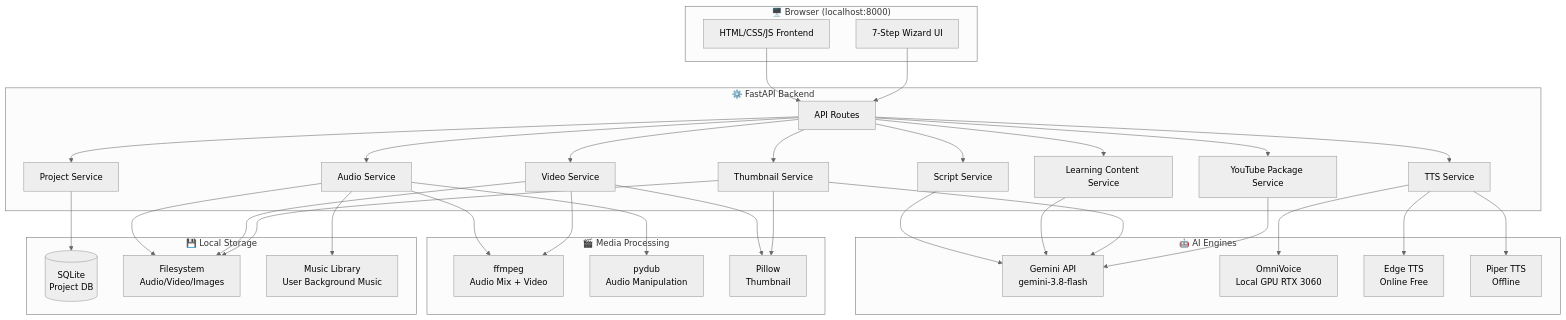
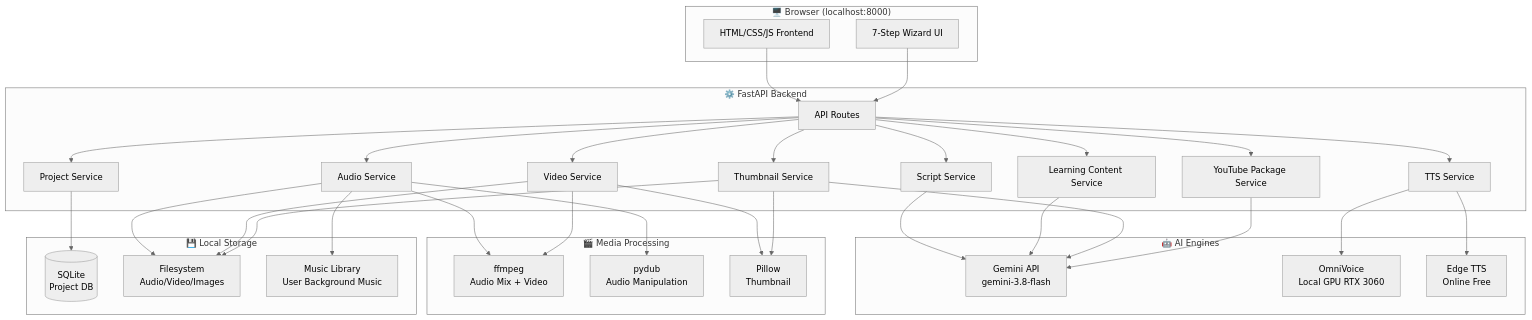
Before and after one commit to danghoangsqtt-sys/dailyintelenglish: the diagram in .viepilot/architecture/system-overview.mermaid, drawn with Mermaid (neutral theme). The commit also changed 25 other files, not shown here.

```diff
--- a/.viepilot/architecture/system-overview.mermaid
+++ b/.viepilot/architecture/system-overview.mermaid
@@ -1,48 +1,47 @@
 graph TB
     subgraph Browser["🖥️ Browser (localhost:8000)"]
         UI[HTML/CSS/JS Frontend]
         WZ[7-Step Wizard UI]
     end
 
     subgraph FastAPI["⚙️ FastAPI Backend"]
         AR[API Routes]
         SS[Script Service]
         LCS[Learning Content Service]
         TS[TTS Service]
         AS[Audio Service]
         VS[Video Service]
         THS[Thumbnail Service]
         PS[Project Service]
         YTS[YouTube Package Service]
     end
 
     subgraph AI["🤖 AI Engines"]
         GEM[Gemini API\ngemini-3.8-flash]
         OV[OmniVoice\nLocal GPU RTX 3060]
         ETSS[Edge TTS\nOnline Free]
-        PTTS[Piper TTS\nOffline]
     end
 
     subgraph Media["🎬 Media Processing"]
         FFMP[ffmpeg\nAudio Mix + Video]
         PDY[pydub\nAudio Manipulation]
         PIL[Pillow\nThumbnail]
     end
 
     subgraph Storage["💾 Local Storage"]
         DB[(SQLite\nProject DB)]
         FS[Filesystem\nAudio/Video/Images]
         ML[Music Library\nUser Background Music]
     end
 
     UI --> AR
     WZ --> AR
     AR --> SS & LCS & TS & AS & VS & THS & PS & YTS
     SS & LCS --> GEM
-    TS --> OV & ETSS & PTTS
+    TS --> OV & ETSS
     AS --> FFMP & PDY & ML
     VS --> FFMP & PIL
     THS --> GEM & PIL
     YTS --> GEM
     PS --> DB
     AS & VS & THS --> FS
```
